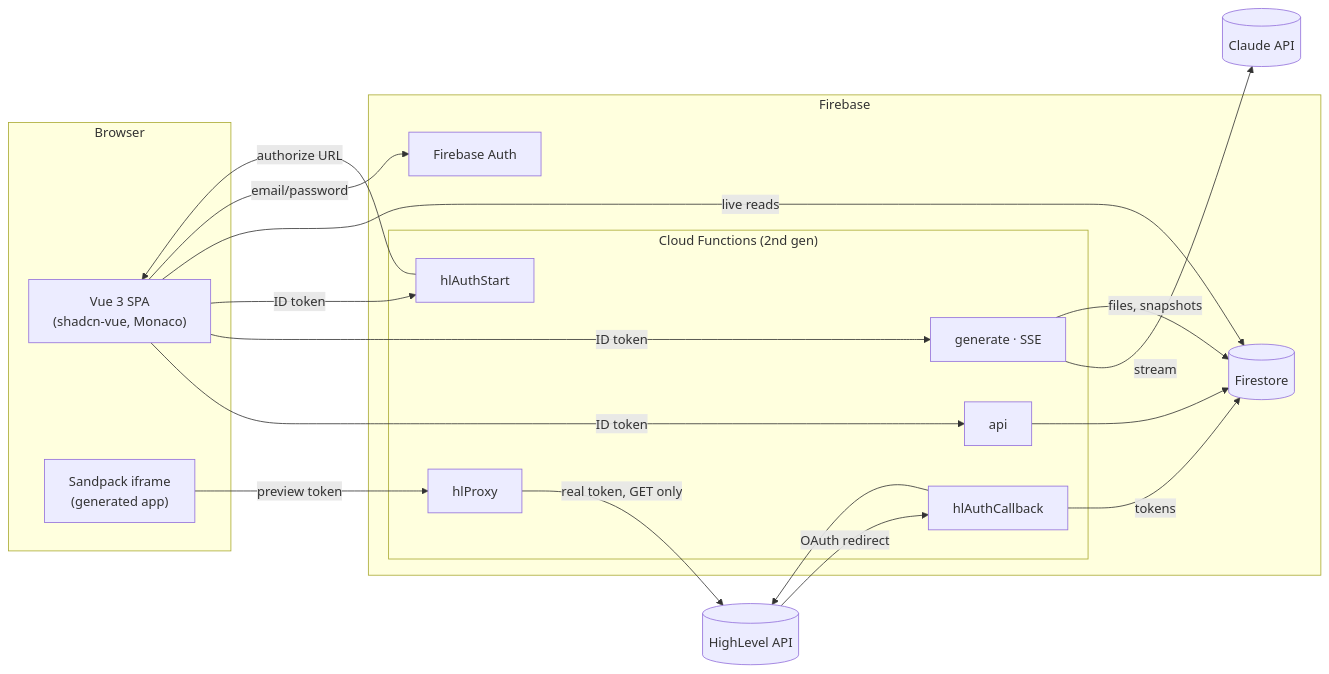
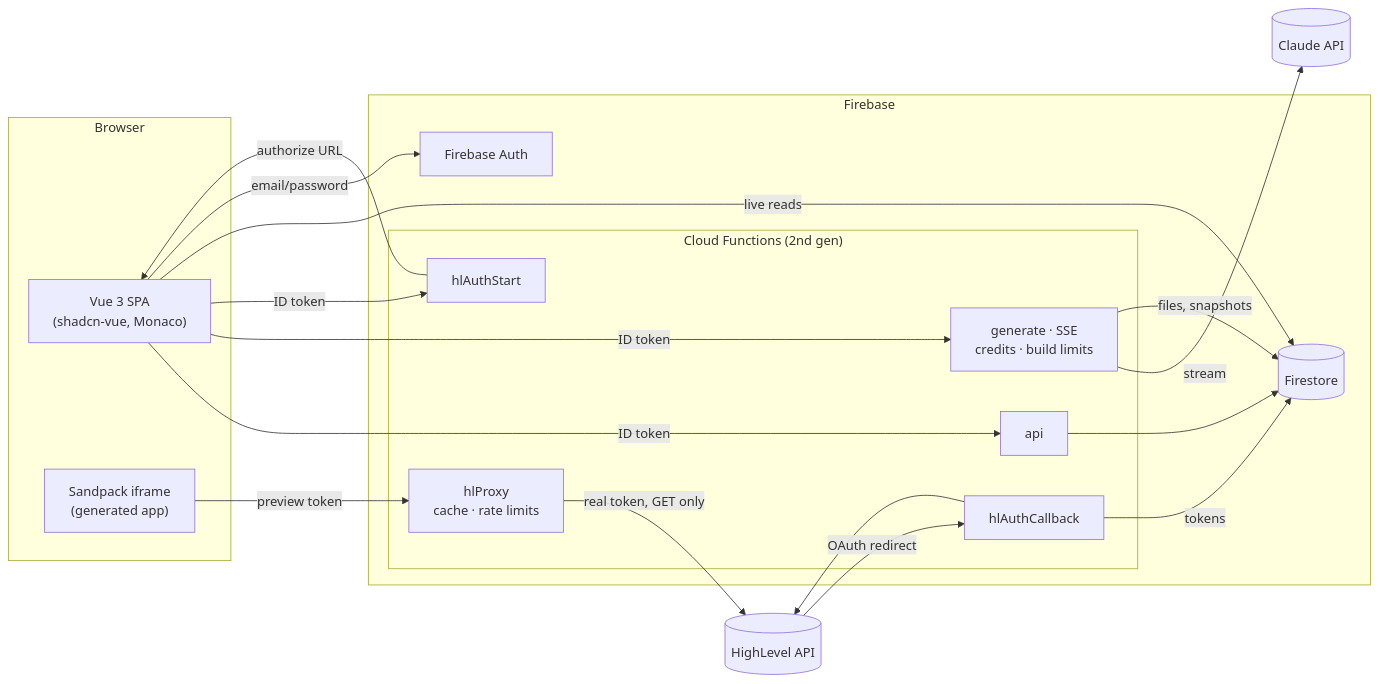
The first of 5 diagrams in docs/ARCHITECTURE.md (nirmalbenny/genesis), drawn with Mermaid before and after one commit. The commit also changed other lines of this file and 3 other files, not shown here.

````diff
--- a/docs/ARCHITECTURE.md
+++ b/docs/ARCHITECTURE.md
@@ -37,33 +40,33 @@
 ```mermaid
 flowchart LR
   subgraph Browser
     SPA["Vue 3 SPA<br/>(shadcn-vue, Monaco)"]
     SB["Sandpack iframe<br/>(generated app)"]
   end
   subgraph Firebase
     AUTH[Firebase Auth]
     FS[(Firestore)]
     subgraph "Cloud Functions (2nd gen)"
       START[hlAuthStart]
       CB[hlAuthCallback]
       API[api]
-      GEN[generate · SSE]
-      PROXY[hlProxy]
+      GEN["generate · SSE<br/>credits · build limits"]
+      PROXY["hlProxy<br/>cache · rate limits"]
     end
   end
   HL[(HighLevel API)]
   CLAUDE[(Claude API)]
 
   SPA -- ID token --> API & GEN & START
   SPA -- live reads --> FS
   SPA -- email/password --> AUTH
   START -- authorize URL --> SPA
   HL -- OAuth redirect --> CB
   CB -- tokens --> FS
   GEN -- stream --> CLAUDE
   GEN -- files, snapshots --> FS
   API --> FS
   SB -- preview token --> PROXY
   PROXY -- real token, GET only --> HL
   CB --> HL
 ```
````
